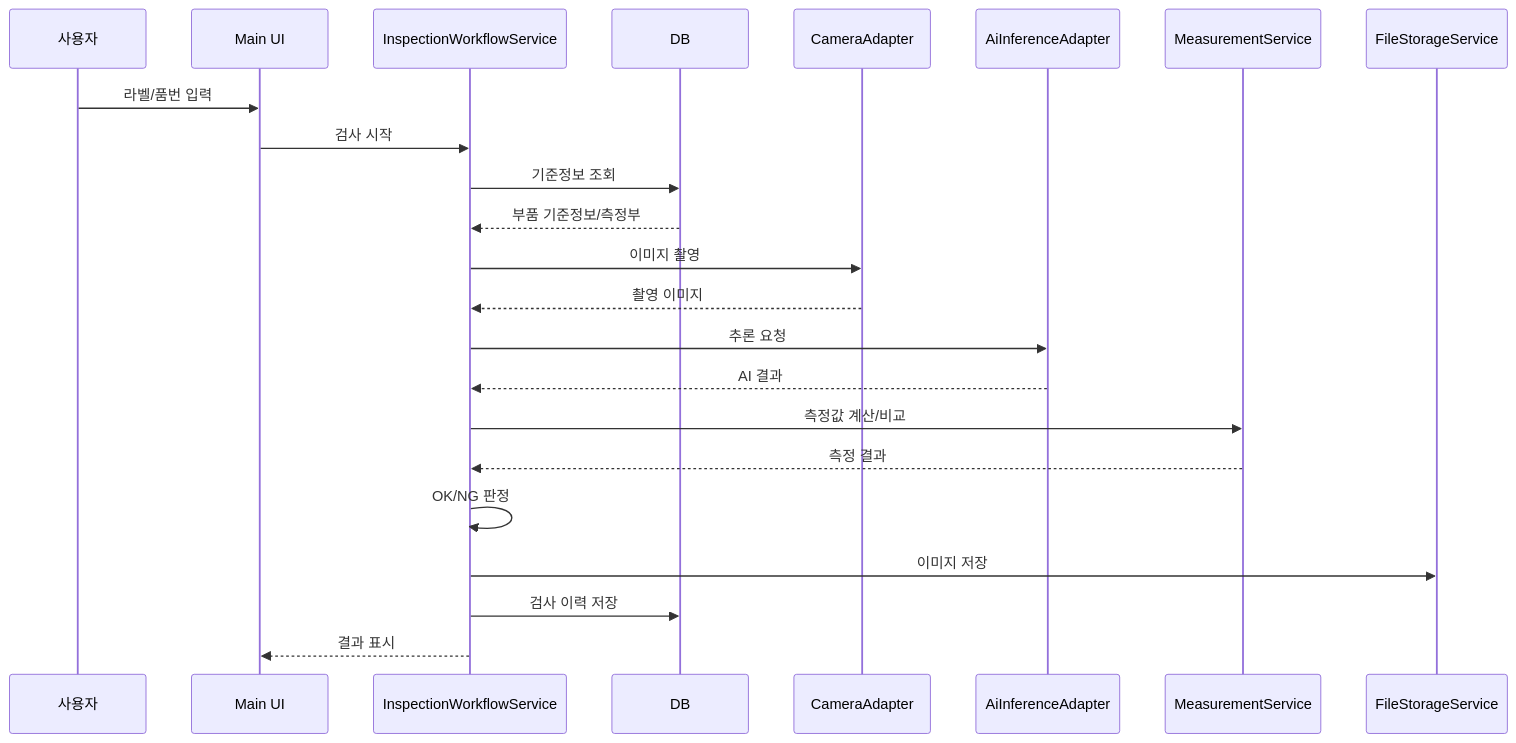
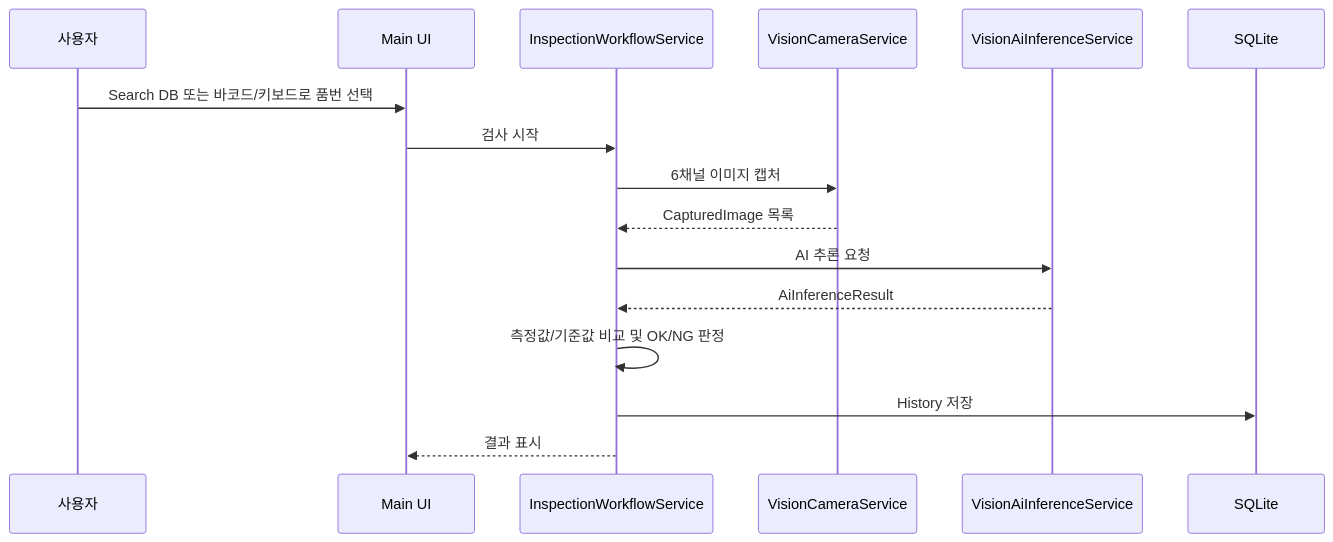
One commit to bbuasong/AI-Vision-IO-Inspector changed the third of 3 diagrams in Docs/02-design/architecture.md. Above: the diagram before and after it, drawn with Mermaid. The commit also changed other lines of this file and 97 other files, not shown here.

Commit message:
Implement staged reference image and measurement workflow

````diff
--- a/Docs/02-design/architecture.md
+++ b/Docs/02-design/architecture.md
@@ -46,26 +66,19 @@
 ```mermaid
 sequenceDiagram
   participant U as 사용자
   participant UI as Main UI
   participant WF as InspectionWorkflowService
-  participant DB as DB
-  participant CAM as CameraAdapter
-  participant AI as AiInferenceAdapter
-  participant MS as MeasurementService
-  participant FS as FileStorageService
+  participant CAM as VisionCameraService
+  participant AI as VisionAiInferenceService
+  participant DB as SQLite
 
-  U->>UI: 라벨/품번 입력
+  U->>UI: Search DB 또는 바코드/키보드로 품번 선택
   UI->>WF: 검사 시작
-  WF->>DB: 기준정보 조회
-  DB-->>WF: 부품 기준정보/측정부
-  WF->>CAM: 이미지 촬영
-  CAM-->>WF: 촬영 이미지
-  WF->>AI: 추론 요청
-  AI-->>WF: AI 결과
-  WF->>MS: 측정값 계산/비교
-  MS-->>WF: 측정 결과
-  WF->>WF: OK/NG 판정
-  WF->>FS: 이미지 저장
-  WF->>DB: 검사 이력 저장
+  WF->>CAM: 6채널 이미지 캡처
+  CAM-->>WF: CapturedImage 목록
+  WF->>AI: AI 추론 요청
+  AI-->>WF: AiInferenceResult
+  WF->>WF: 측정값/기준값 비교 및 OK/NG 판정
+  WF->>DB: History 저장
   WF-->>UI: 결과 표시
 ```
````
